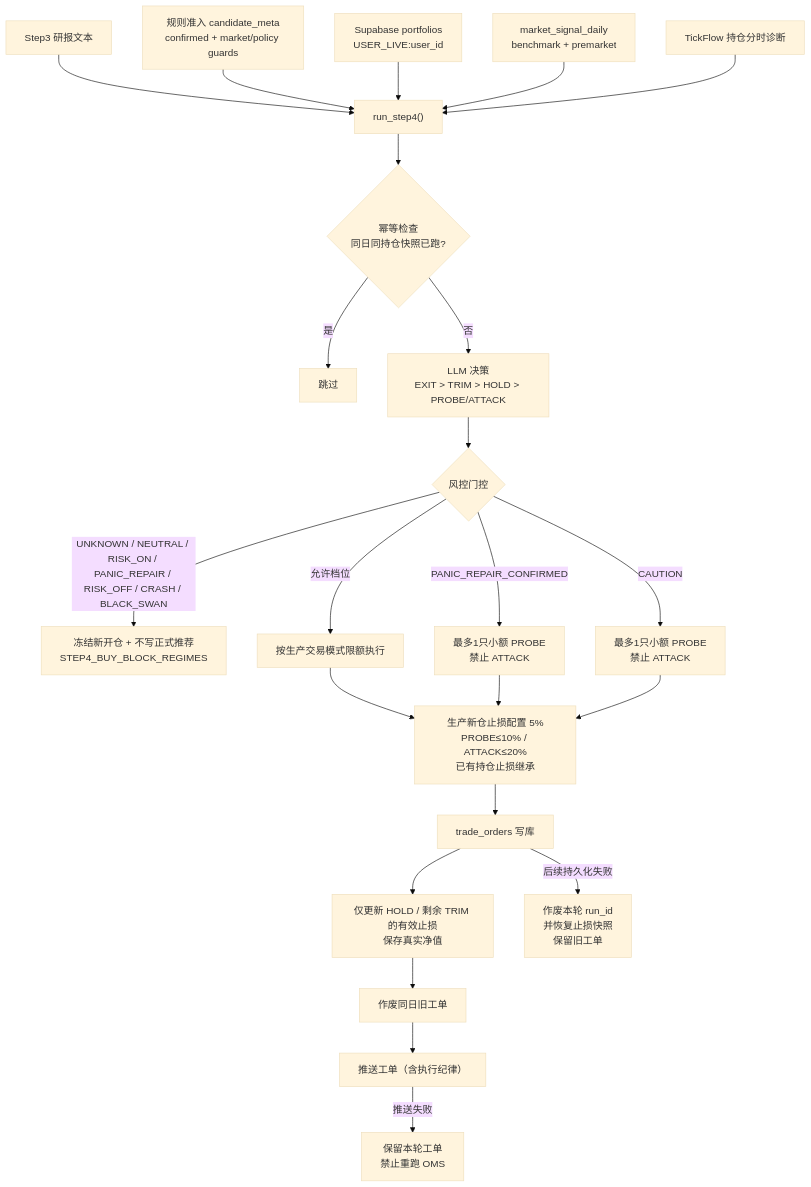
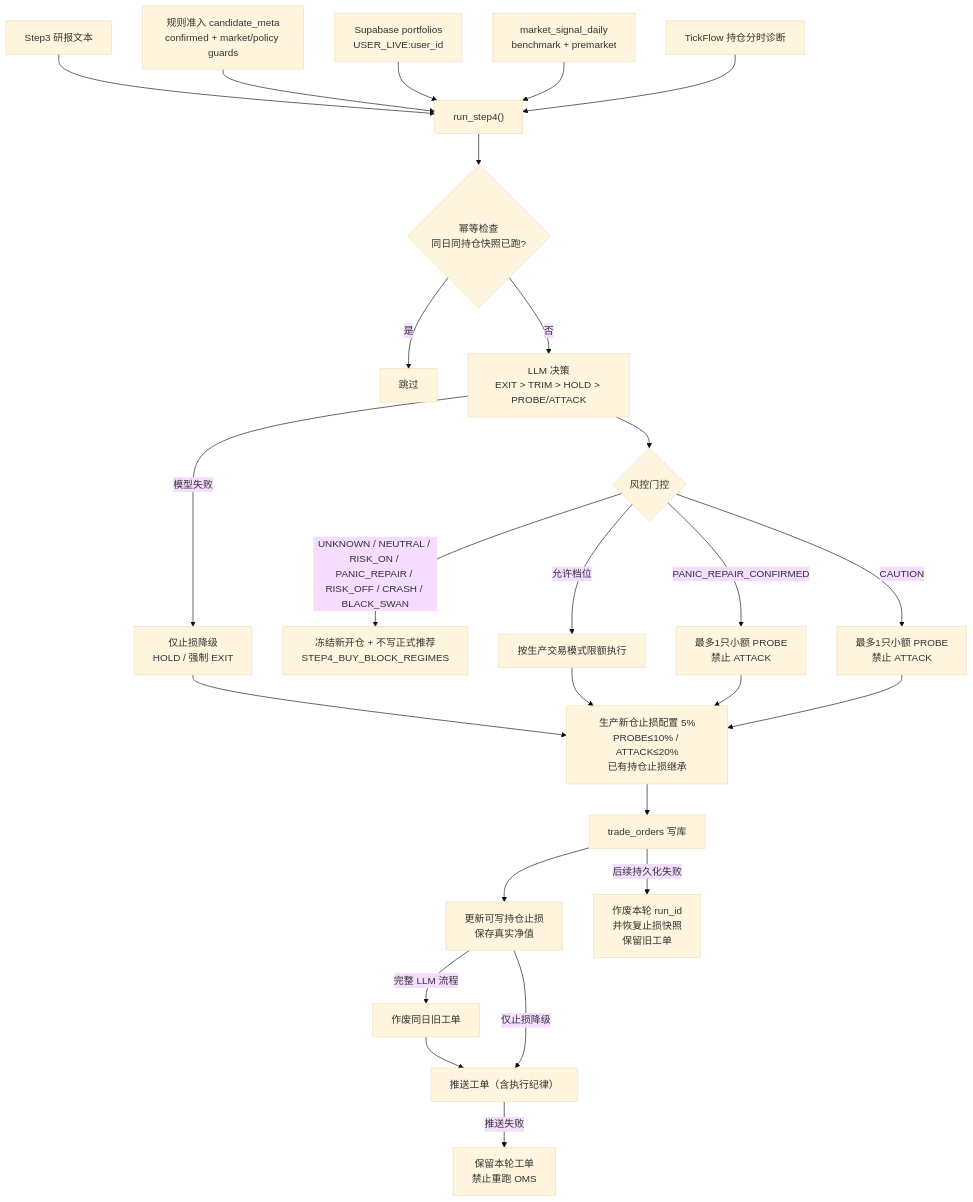
The fifth of 7 diagrams in docs/A_SHARE_FUNNEL_FLOW.md (YoungCan-Wang/WyckoffTradingAgent), drawn with Mermaid (base theme) before and after one commit. The commit also changed other lines of this file and 7 other files, not shown here.

Commit message:
fix(oms): fail closed on stop reads and verify fallback persistence

````diff
--- a/docs/A_SHARE_FUNNEL_FLOW.md
+++ b/docs/A_SHARE_FUNNEL_FLOW.md
@@ -370,28 +370,31 @@
 ```mermaid
 flowchart TD
     IN1["Step3 研报文本"] --> S4
     IN2["规则准入 candidate_meta<br/>confirmed + market/policy guards"] --> S4
     IN3["Supabase portfolios<br/>USER_LIVE:user_id"] --> S4
     IN4["market_signal_daily<br/>benchmark + premarket"] --> S4
     IN5["TickFlow 持仓分时诊断"] --> S4
 
     S4["run_step4()"] --> IDEM{"幂等检查<br/>同日同持仓快照已跑?"}
     IDEM -->|是| SKIP["跳过"]
     IDEM -->|否| LLM["LLM 决策<br/>EXIT > TRIM > HOLD > PROBE/ATTACK"]
 
     LLM --> RISK{"风控门控"}
+    LLM -->|模型失败| FALLBACK["仅止损降级<br/>HOLD / 强制 EXIT"]
+    FALLBACK --> OMS
 RISK -->|UNKNOWN / NEUTRAL / RISK_ON / PANIC_REPAIR / RISK_OFF / CRASH / BLACK_SWAN| BLOCK_BUY["冻结新开仓 + 不写正式推荐<br/>STEP4_BUY_BLOCK_REGIMES"]
 RISK -->|PANIC_REPAIR_CONFIRMED| REPAIR_PROBE["最多1只小额 PROBE<br/>禁止 ATTACK"]
     RISK -->|CAUTION| CAUTION_PROBE["最多1只小额 PROBE<br/>禁止 ATTACK"]
     RISK -->|允许档位| ALLOW["按生产交易模式限额执行"]
 
     ALLOW --> OMS["生产新仓止损配置 5%<br/>PROBE≤10% / ATTACK≤20%<br/>已有持仓止损继承"]
     REPAIR_PROBE --> OMS
     CAUTION_PROBE --> OMS
     OMS --> DB["trade_orders 写库"]
-    DB --> AUX["仅更新 HOLD / 剩余 TRIM 的有效止损<br/>保存真实净值"]
-    AUX --> OLD["作废同日旧工单"]
+    DB --> AUX["更新可写持仓止损<br/>保存真实净值"]
+    AUX -->|完整 LLM 流程| OLD["作废同日旧工单"]
     OLD --> TG["推送工单（含执行纪律）"]
+    AUX -->|仅止损降级| TG
     DB -->|后续持久化失败| RB["作废本轮 run_id<br/>并恢复止损快照<br/>保留旧工单"]
     TG -->|推送失败| KEEP["保留本轮工单<br/>禁止重跑 OMS"]
 ```
````
